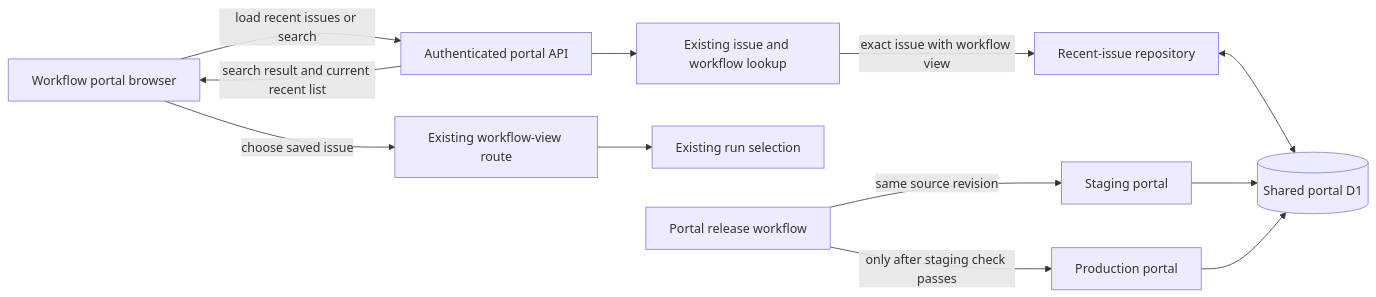
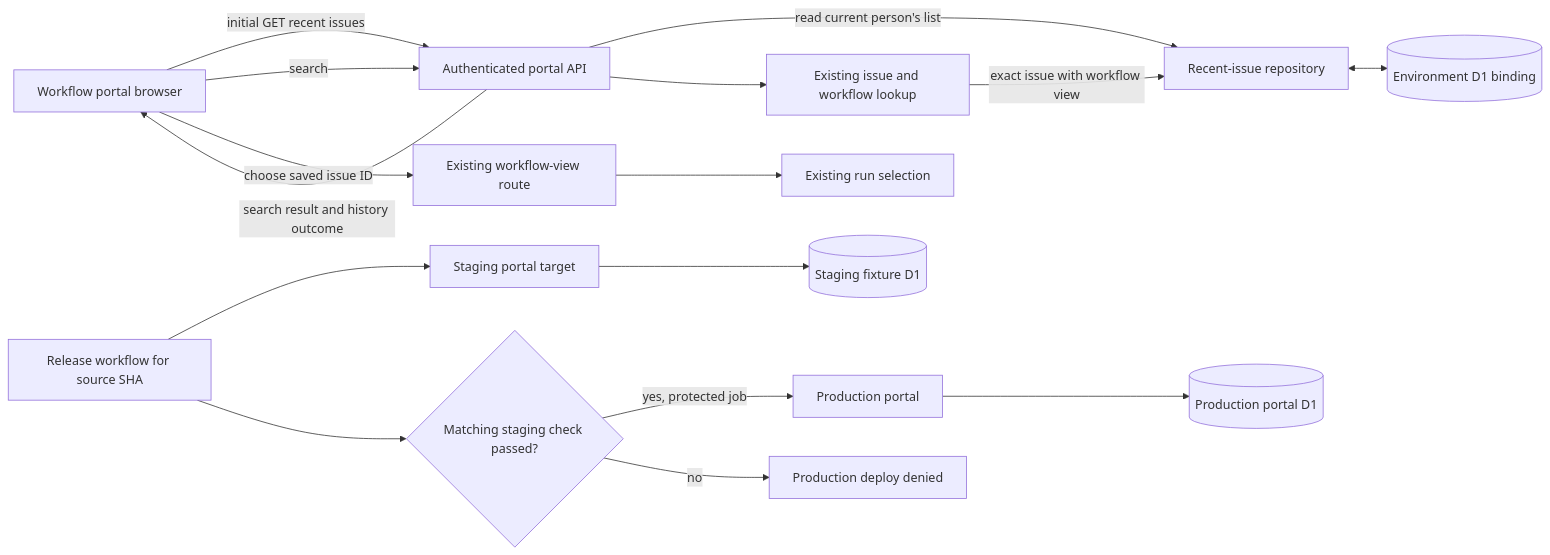
The diagram in openspec/changes/sac-161/design.md (sachinkundu/deos), drawn with Mermaid before and after one commit. The commit also changed other lines of this file, not shown here.

Commit message:
DEOS planning manifest workflow:2a653831-c1ec-4db7-972a-d0d08ac0a3d8:096ce85d-9c56-4faa-ad74-ef8055bafc91:run:1:system_action:publish_design_response:github.publish_design_candidate:396cf42a7ebb80761d0accbe5c5b658c399cdc9524f858a39ffb67274e26e5b9:22

````diff
--- a/openspec/changes/sac-161/design.md
+++ b/openspec/changes/sac-161/design.md
@@ -17,23 +20,27 @@
 ```mermaid
 flowchart LR
     B[Workflow portal browser]
     A[Authenticated portal API]
     L[Existing issue and workflow lookup]
     H[Recent-issue repository]
-    D[(Shared portal D1)]
+    D[(Environment D1 binding)]
     V[Existing workflow-view route]
     R[Existing run selection]
 
-    B -->|load recent issues or search| A
+    B -->|initial GET recent issues| A
+    A -->|read current person's list| H
+    B -->|search| A
     A --> L
     L -->|exact issue with workflow view| H
     H <--> D
-    A -->|search result and current recent list| B
-    B -->|choose saved issue| V
+    A -->|search result and history outcome| B
+    B -->|choose saved issue ID| V
     V --> R
 
-    C[Portal release workflow] -->|same source revision| S[Staging portal]
-    S --> D
-    C -->|only after staging check passes| P[Production portal]
-    P --> D
+    C[Release workflow for source SHA] --> S[Staging portal target]
+    S --> SD[(Staging fixture D1)]
+    C --> G{Matching staging check passed?}
+    G -->|yes, protected job| P[Production portal]
+    G -->|no| X[Production deploy denied]
+    P --> PD[(Production portal D1)]
 ```
````
